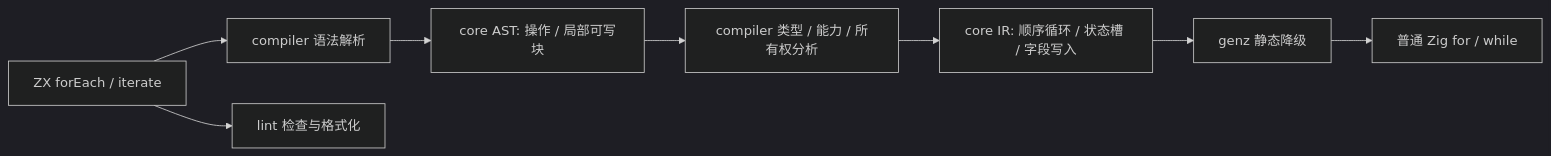
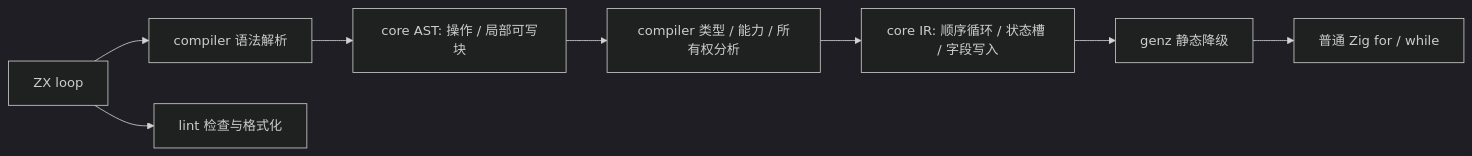
The first of 5 diagrams in docs/2026-10-06/顺序遍历与状态迭代设计.md (MatrixAges/zxc), drawn with Mermaid (dark theme) before and after one commit. The commit also changed other lines of this file and 151 other files, not shown here.

````diff
--- a/docs/2026-10-06/顺序遍历与状态迭代设计.md
+++ b/docs/2026-10-06/顺序遍历与状态迭代设计.md
@@ -155,10 +146,10 @@
 ```mermaid
 flowchart LR
-  Source[ZX forEach / iterate] --> Parser[compiler 语法解析]
+  Source[ZX loop] --> Parser[compiler 语法解析]
   Parser --> Ast[core AST: 操作 / 局部可写块]
   Ast --> Analysis[compiler 类型 / 能力 / 所有权分析]
   Analysis --> Ir[core IR: 顺序循环 / 状态槽 / 字段写入]
   Ir --> Genz[genz 静态降级]
   Genz --> Zig[普通 Zig for / while]
   Source --> Lint[lint 检查与格式化]
 ```
````
